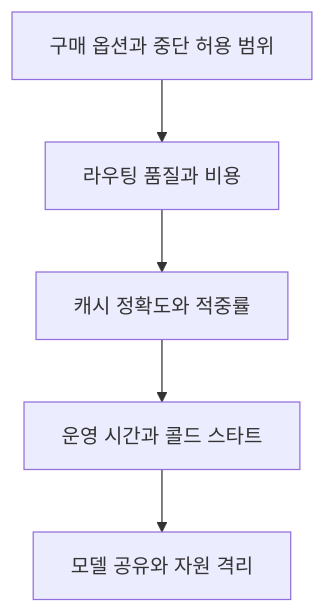
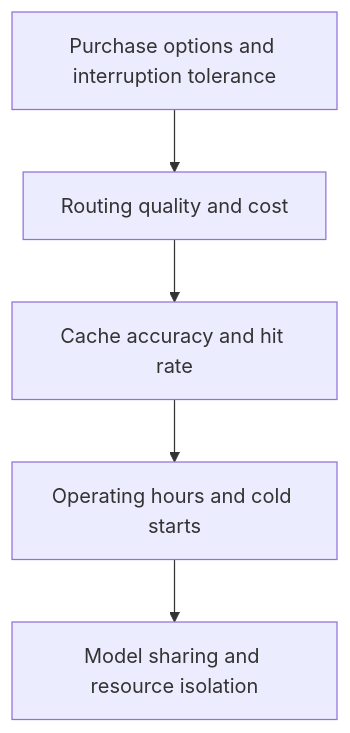
Before and after one commit to devfloor9/engineering-playbook: the second of 2 diagrams in docs/agentic-ai-platform/reference-architecture/index.md, drawn with Mermaid. The commit also changed other lines of this file and 954 other files, not shown here.

````diff
--- a/docs/agentic-ai-platform/reference-architecture/index.md
+++ b/docs/agentic-ai-platform/reference-architecture/index.md
@@ -218,9 +218,9 @@
 ```mermaid
 graph TD
-    accTitle: 비용 최적화 검토 순서
-    accDescr: 구매 옵션, 라우팅, 캐시, 운영 시간, 모델 공유를 검토하고 각 변경의 비용과 품질을 측정한다.
-    A[구매 옵션과 중단 허용 범위] --> B[라우팅 품질과 비용]
-    B --> C[캐시 정확도와 적중률]
-    C --> D[운영 시간과 콜드 스타트]
-    D --> E[모델 공유와 자원 격리]
+    accTitle: Cost optimization review sequence
+    accDescr: Review purchase options, routing, caching, operating hours, and model sharing, measuring cost and quality after each change.
+    A[Purchase options and interruption tolerance] --> B[Routing quality and cost]
+    B --> C[Cache accuracy and hit rate]
+    C --> D[Operating hours and cold starts]
+    D --> E[Model sharing and resource isolation]
 ```
````
